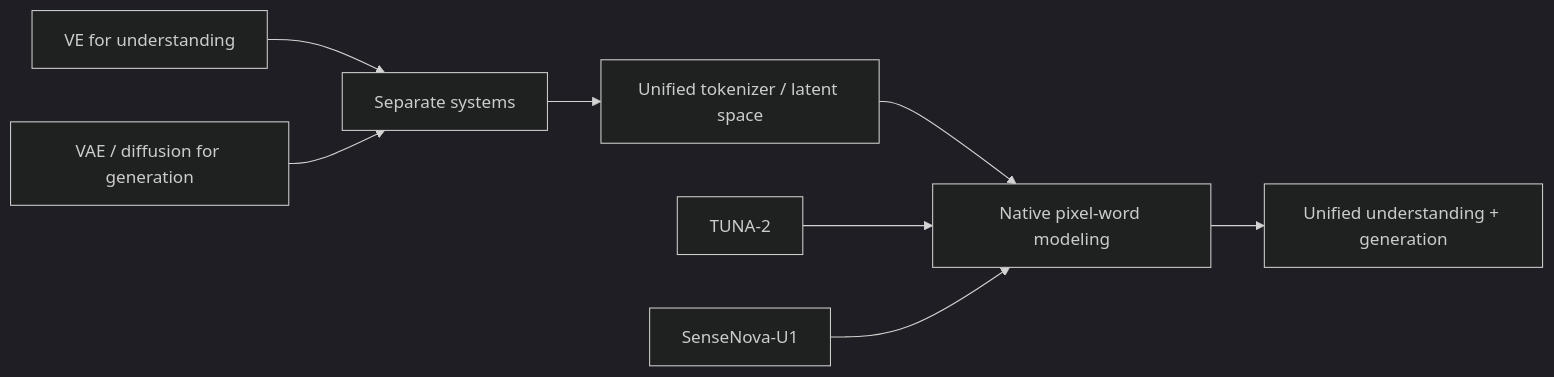
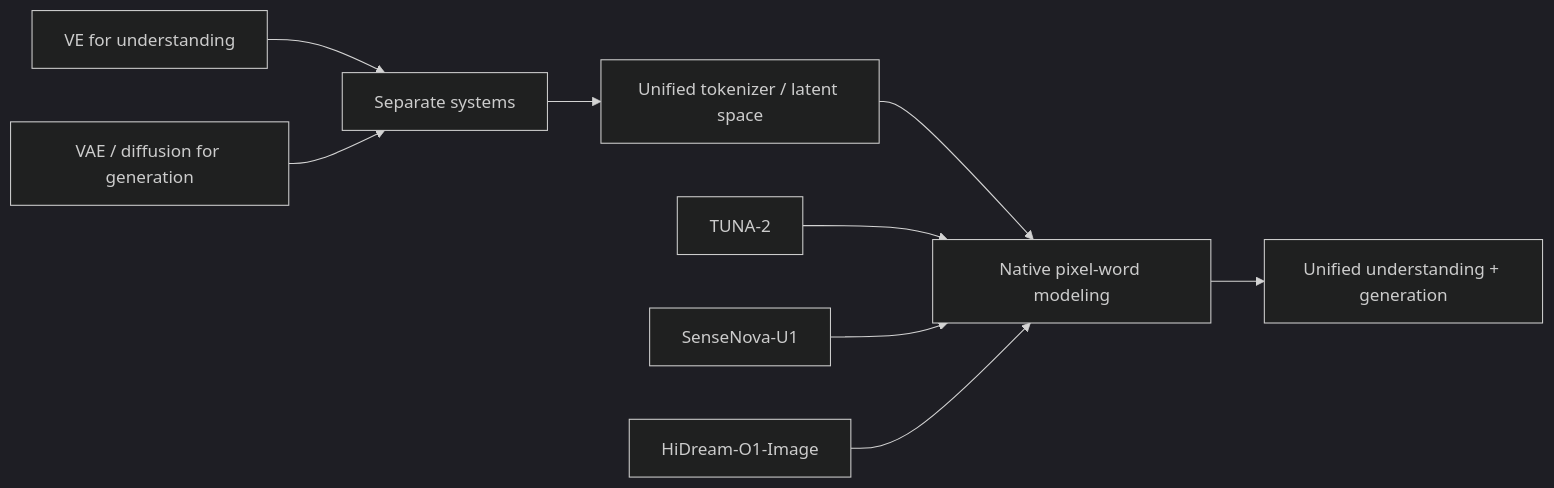
The diagram in docs/index.md (YaohouF/paper-notes), drawn with Mermaid (dark theme) before and after one commit. The commit also changed other lines of this file and 9 other files, not shown here.

Commit message:
Add HiDream-O1-Image reading notes

````diff
--- a/docs/index.md
+++ b/docs/index.md
@@ -50,12 +51,13 @@
 ```mermaid
 flowchart LR
   A["Separate systems"] --> B["Unified tokenizer / latent space"]
   B --> C["Native pixel-word modeling"]
   C --> D["Unified understanding + generation"]
 
   A1["VE for understanding"] --> A
   A2["VAE / diffusion for generation"] --> A
 
   C1["TUNA-2"] --> C
   C2["SenseNova-U1"] --> C
+  C3["HiDream-O1-Image"] --> C
 ```
````
